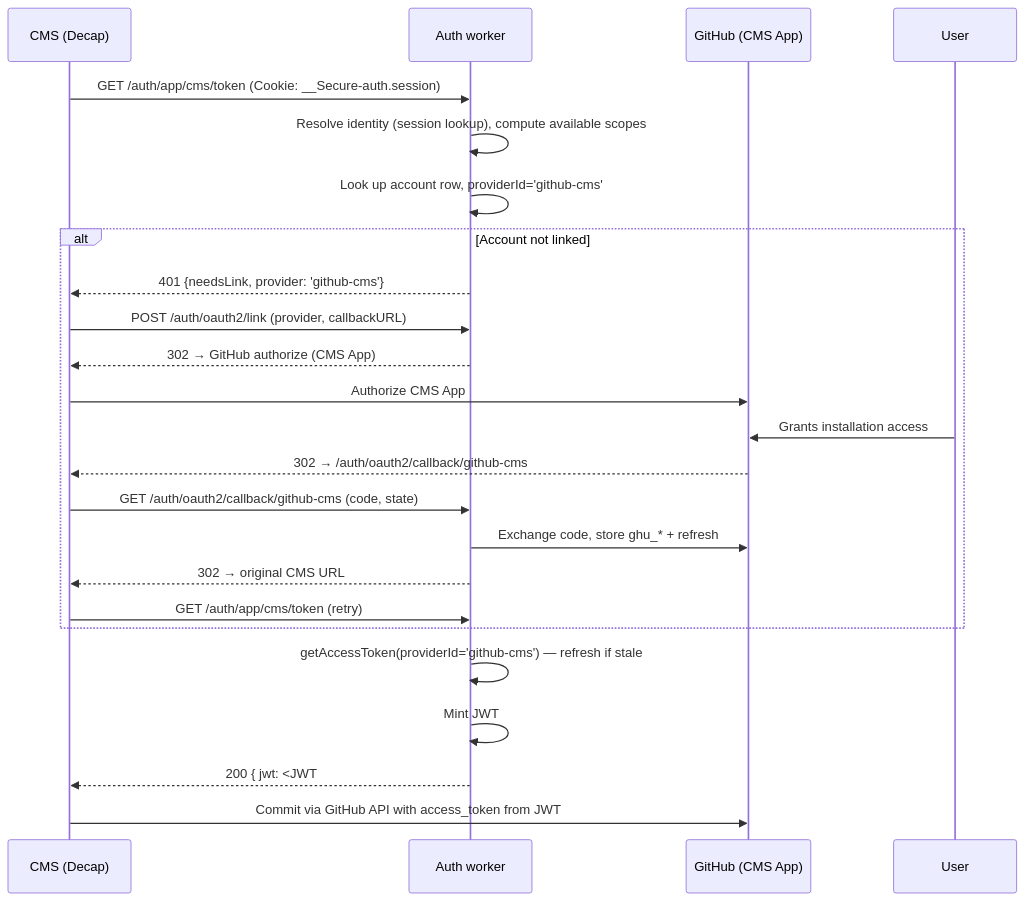
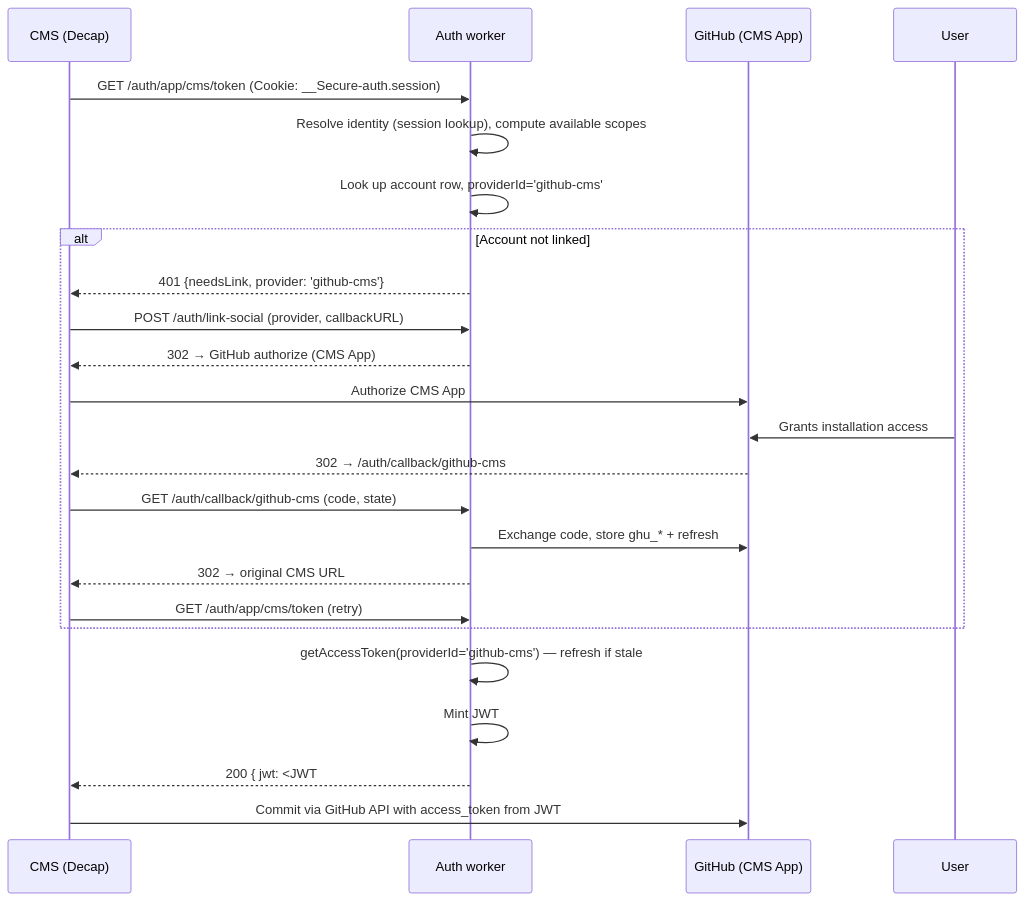
Before and after one commit to alexwilson/frontend: the second of 3 diagrams in services/auth/README.md, drawn with Mermaid. The commit also changed other lines of this file and 9 other files, not shown here.

````diff
--- a/services/auth/README.md
+++ b/services/auth/README.md
@@ -82,26 +82,26 @@
 ```mermaid
 sequenceDiagram
     participant CMS as CMS (Decap)
     participant Worker as Auth worker
     participant GH as GitHub (CMS App)
 
     CMS->>Worker: GET /auth/app/cms/token (Cookie: __Secure-auth.session)
     Worker->>Worker: Resolve identity (session lookup), compute available scopes
     Worker->>Worker: Look up account row, providerId='github-cms'
     alt Account not linked
         Worker-->>CMS: 401 {needsLink, provider: 'github-cms'}
-        CMS->>Worker: POST /auth/oauth2/link (provider, callbackURL)
+        CMS->>Worker: POST /auth/link-social (provider, callbackURL)
         Worker-->>CMS: 302 → GitHub authorize (CMS App)
         CMS->>GH: Authorize CMS App
         User->>GH: Grants installation access
-        GH-->>CMS: 302 → /auth/oauth2/callback/github-cms
-        CMS->>Worker: GET /auth/oauth2/callback/github-cms (code, state)
+        GH-->>CMS: 302 → /auth/callback/github-cms
+        CMS->>Worker: GET /auth/callback/github-cms (code, state)
         Worker->>GH: Exchange code, store ghu_* + refresh
         Worker-->>CMS: 302 → original CMS URL
         CMS->>Worker: GET /auth/app/cms/token (retry)
     end
     Worker->>Worker: getAccessToken(providerId='github-cms') — refresh if stale
     Worker->>Worker: Mint JWT #1 (identity) + JWT #2 (access)
     Worker-->>CMS: 200 { jwt: <JWT#2> }, Set-Cookie __Secure-auth.id (Path=/auth/app/cms/)
     CMS->>GH: Commit via GitHub API with access_token from JWT #2
 ```
````
